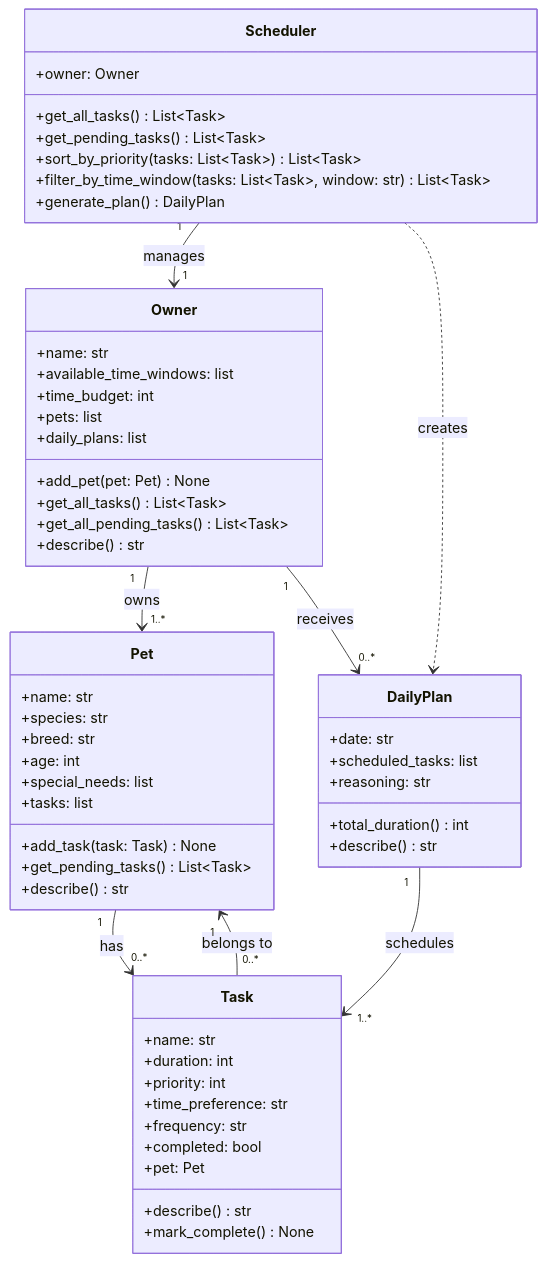
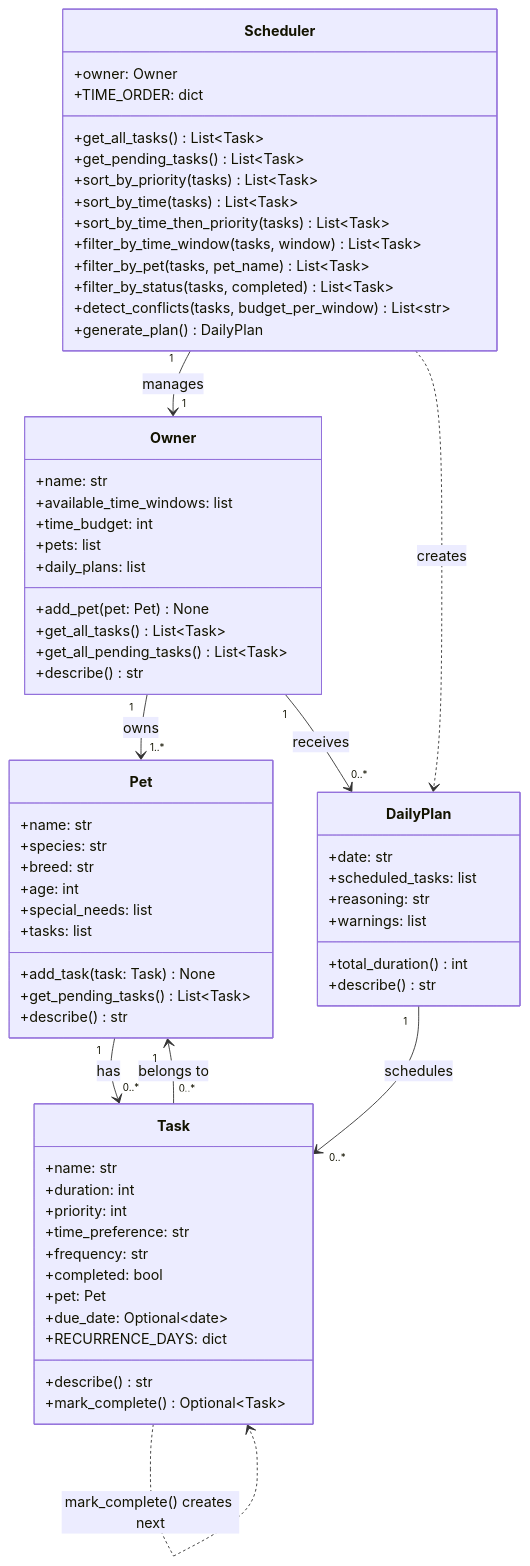
One commit to edwin-luu/ai110-module2show-pawpal-starter changed the diagram in reflection.md. Above: the diagram before and after it, drawn with Mermaid. The commit also changed other lines of this file and 4 other files, not shown here.

````diff
--- a/reflection.md
+++ b/reflection.md
@@ -30,63 +30,73 @@
 ```mermaid
 classDiagram
     class Owner {
         +name: str
         +available_time_windows: list
         +time_budget: int
         +pets: list
         +daily_plans: list
         +add_pet(pet: Pet) None
         +get_all_tasks() List~Task~
         +get_all_pending_tasks() List~Task~
         +describe() str
     }
 
     class Pet {
         +name: str
         +species: str
         +breed: str
         +age: int
         +special_needs: list
         +tasks: list
         +add_task(task: Task) None
         +get_pending_tasks() List~Task~
         +describe() str
     }
 
     class Task {
         +name: str
         +duration: int
         +priority: int
         +time_preference: str
         +frequency: str
         +completed: bool
         +pet: Pet
+        +due_date: Optional~date~
+        +RECURRENCE_DAYS: dict
         +describe() str
-        +mark_complete() None
+        +mark_complete() Optional~Task~
     }
 
     class DailyPlan {
         +date: str
         +scheduled_tasks: list
         +reasoning: str
+        +warnings: list
         +total_duration() int
         +describe() str
     }
 
     class Scheduler {
         +owner: Owner
+        +TIME_ORDER: dict
         +get_all_tasks() List~Task~
         +get_pending_tasks() List~Task~
-        +sort_by_priority(tasks: List~Task~) List~Task~
-        +filter_by_time_window(tasks: List~Task~, window: str) List~Task~
+        +sort_by_priority(tasks) List~Task~
+        +sort_by_time(tasks) List~Task~
+        +sort_by_time_then_priority(tasks) List~Task~
+        +filter_by_time_window(tasks, window) List~Task~
+        +filter_by_pet(tasks, pet_name) List~Task~
+        +filter_by_status(tasks, completed) List~Task~
+        +detect_conflicts(tasks, budget_per_window) List~str~
         +generate_plan() DailyPlan
     }
 
     Owner "1" --> "1..*" Pet : owns
     Pet "1" --> "0..*" Task : has
     Task "0..*" --> "1" Pet : belongs to
-    DailyPlan "1" --> "1..*" Task : schedules
+    Task ..> Task : mark_complete() creates next
+    DailyPlan "1" --> "0..*" Task : schedules
     Owner "1" --> "0..*" DailyPlan : receives
     Scheduler "1" --> "1" Owner : manages
     Scheduler ..> DailyPlan : creates
 ```
````
